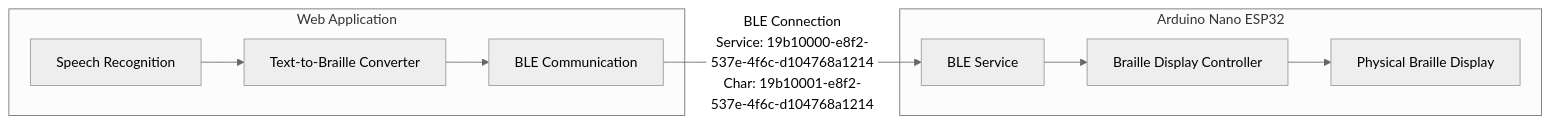
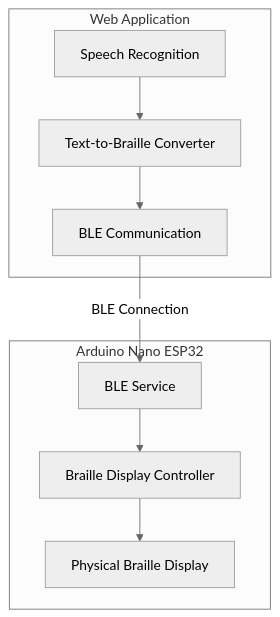
The second of 2 diagrams in README.md (FromKylo/s2b), drawn with Mermaid (neutral theme) before and after one commit. The commit also changed other lines of this file, not shown here.

````diff
--- a/README.md
+++ b/README.md
@@ -83,14 +87,14 @@
 ```mermaid
-graph LR
+graph TD
     subgraph "Web Application"
         A[Speech Recognition] --> B[Text-to-Braille Converter]
         B --> C[BLE Communication]
     end
     
     subgraph "Arduino Nano ESP32"
         D[BLE Service] --> E[Braille Display Controller]
         E --> F[Physical Braille Display]
     end
     
-    C -- "BLE Connection<br>Service: 19b10000-e8f2-537e-4f6c-d104768a1214<br>Char: 19b10001-e8f2-537e-4f6c-d104768a1214" --> D
+    C -- "BLE Connection" --> D
 ```
````
